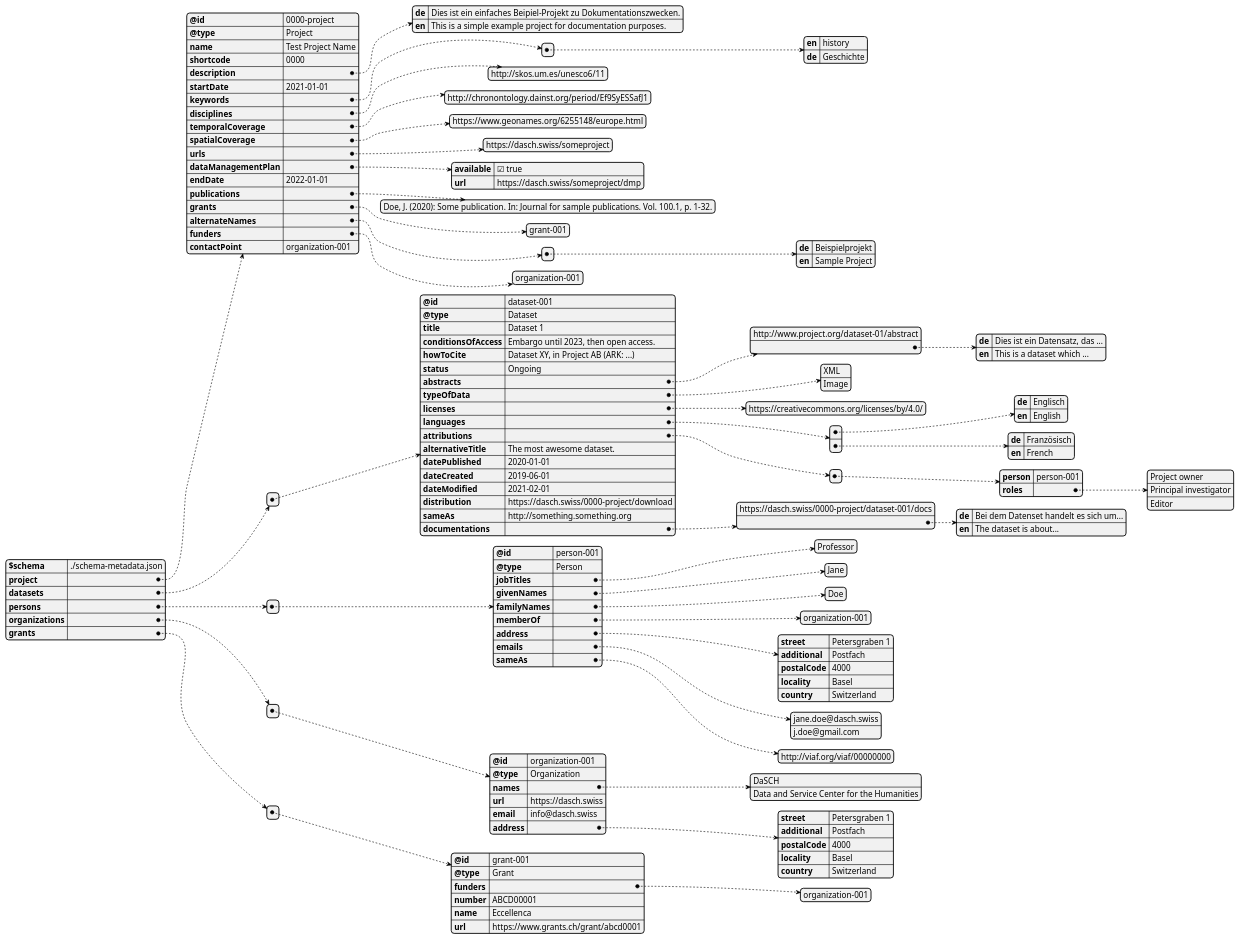
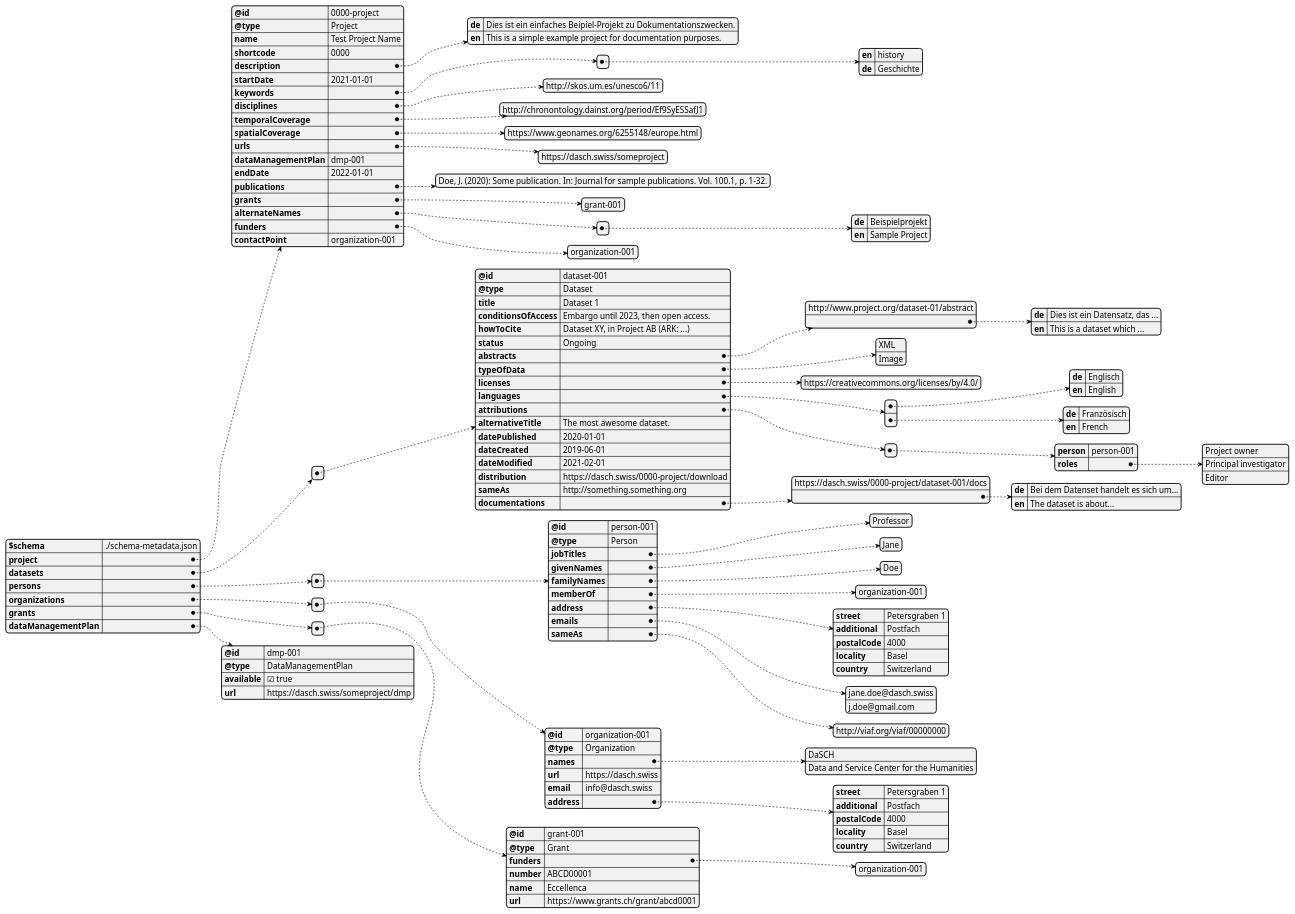
Before and after one commit to dasch-swiss/dasch-service-platform: the diagram in docs/services/metadata/api-example.puml, drawn with PlantUML. The commit also changed 6 other files, not shown here.

```diff
--- a/docs/services/metadata/api-example.puml
+++ b/docs/services/metadata/api-example.puml
@@ -1,178 +1,181 @@
 @startjson API-Example
 
 {
   "$schema": "./schema-metadata.json",
   "project": {
     "@id": "0000-project",
     "@type": "Project",
     "name": "Test Project Name",
     "shortcode": "0000",
     "description": {
       "de": "Dies ist ein einfaches Beipiel-Projekt zu Dokumentationszwecken.",
       "en": "This is a simple example project for documentation purposes."
     },
     "startDate": "2021-01-01",
     "keywords": [
       {
         "en": "history",
         "de": "Geschichte"
       }
     ],
     "disciplines": [
       "http://skos.um.es/unesco6/11"
     ],
     "temporalCoverage": [
       "http://chronontology.dainst.org/period/Ef9SyESSafJ1"
     ],
     "spatialCoverage": [
       "https://www.geonames.org/6255148/europe.html"
     ],
     "urls": [
       "https://dasch.swiss/someproject"
     ],
-    "dataManagementPlan": {
-      "available": true,
-      "url": "https://dasch.swiss/someproject/dmp"
-    },
+    "dataManagementPlan": "dmp-001",
     "endDate": "2022-01-01",
     "publications": [
       "Doe, J. (2020): Some publication. In: Journal for sample publications. Vol. 100.1, p. 1-32."
     ],
     "grants": [
       "grant-001"
     ],
     "alternateNames": [
       {
         "de": "Beispielprojekt",
         "en": "Sample Project"
       }
     ],
     "funders": [
       "organization-001"
     ],
     "contactPoint": "organization-001"
   },
   "datasets": [
     {
       "@id": "dataset-001",
       "@type": "Dataset",
       "title": "Dataset 1",
       "conditionsOfAccess": "Embargo until 2023, then open access.",
       "howToCite": "Dataset XY, in Project AB (ARK: ...)",
       "status": "Ongoing",
       "abstracts": [
         "http://www.project.org/dataset-01/abstract",
         {
           "de": "Dies ist ein Datensatz, das ...",
           "en": "This is a dataset which ..."
         }
       ],
       "typeOfData": [
         "XML",
         "Image"
       ],
       "licenses": [
         "https://creativecommons.org/licenses/by/4.0/"
       ],
       "languages": [
         {
           "de": "Englisch",
           "en": "English"
         },
         {
           "de": "Französisch",
           "en": "French"
         }
       ],
       "attributions": [
         {
           "person": "person-001",
           "roles": [
             "Project owner",
             "Principal investigator",
             "Editor"
           ]
         }
       ],
       "alternativeTitle": "The most awesome dataset.",
       "datePublished": "2020-01-01",
       "dateCreated": "2019-06-01",
       "dateModified": "2021-02-01",
       "distribution": "https://dasch.swiss/0000-project/download",
       "sameAs": "http://something.something.org",
       "documentations": [
         "https://dasch.swiss/0000-project/dataset-001/docs",
         {
           "de": "Bei dem Datenset handelt es sich um...",
           "en": "The dataset is about..."
         }
       ]
     }
   ],
   "persons": [
     {
       "@id": "person-001",
       "@type": "Person",
       "jobTitles": [
         "Professor"
       ],
       "givenNames": [
         "Jane"
       ],
       "familyNames": [
         "Doe"
       ],
       "memberOf": [
         "organization-001"
       ],
       "address": {
         "street": "Petersgraben 1",
         "additional": "Postfach",
         "postalCode": "4000",
         "locality": "Basel",
         "country": "Switzerland"
       },
       "emails": [
         "jane.doe@dasch.swiss",
         "j.doe@gmail.com"
       ],
       "sameAs": [
         "http://viaf.org/viaf/00000000"
       ]
     }
   ],
   "organizations": [
     {
       "@id": "organization-001",
       "@type": "Organization",
       "names": [
         "DaSCH",
         "Data and Service Center for the Humanities"
       ],
       "url": "https://dasch.swiss",
       "email": "info@dasch.swiss",
       "address": {
         "street": "Petersgraben 1",
         "additional": "Postfach",
         "postalCode": "4000",
         "locality": "Basel",
         "country": "Switzerland"
       }
     }
   ],
   "grants": [
     {
       "@id": "grant-001",
       "@type": "Grant",
       "funders": [
         "organization-001"
       ],
       "number": "ABCD00001",
       "name": "Eccellenca",
       "url": "https://www.grants.ch/grant/abcd0001"
     }
-  ]
+  ],
+  "dataManagementPlan": {
+    "@id": "dmp-001",
+    "@type": "DataManagementPlan",
+    "available": true,
+    "url": "https://dasch.swiss/someproject/dmp"
+  }
 }
 
 
 @endjson
```
